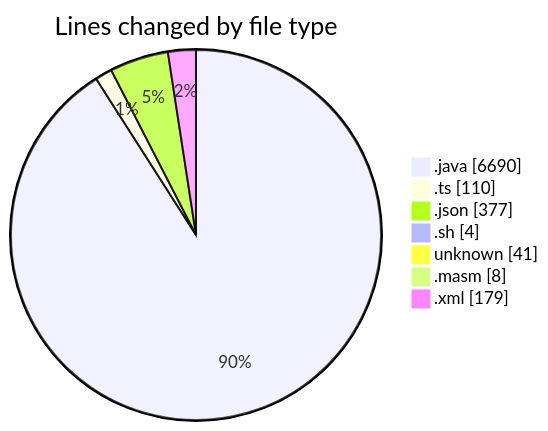
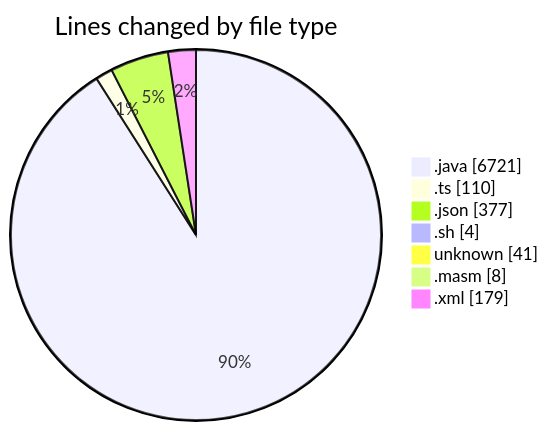
One commit to charlie-sans/code-tracking changed the first of 2 diagrams in 2025-02-20/micros/README.md. Above: the diagram before and after it, drawn with Mermaid. The commit also changed other lines of this file and 1 other file, not shown here.

````diff
--- a/2025-02-20/micros/README.md
+++ b/2025-02-20/micros/README.md
@@ -46,11 +46,11 @@
 ```mermaid
 pie showData
 title Lines changed by file type
-".java" : 6690
+".java" : 6721
 ".ts" : 110
 ".json" : 377
 ".sh" : 4
 "unknown" : 41
 ".masm" : 8
 ".xml" : 179
 ```
````
